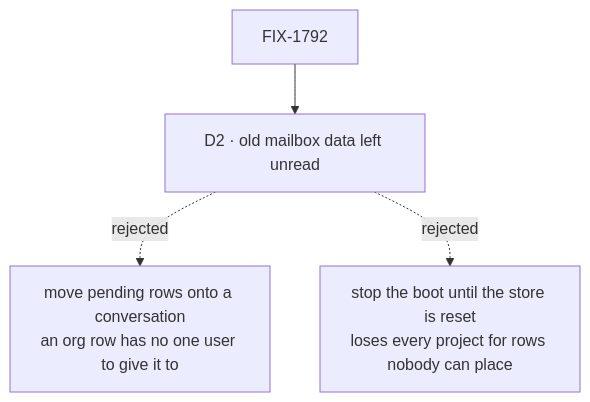
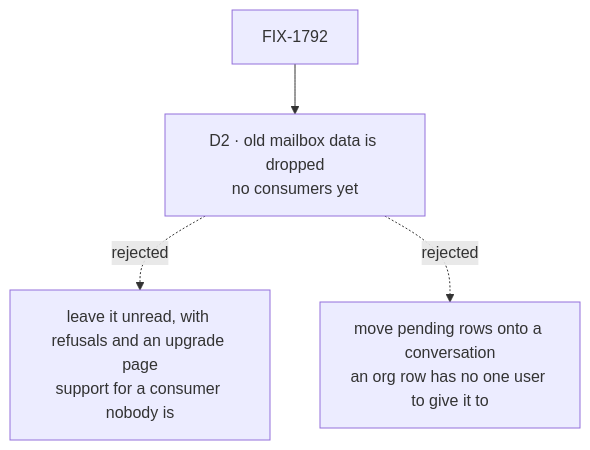
Before and after one commit to fixpoint-labs/flow-state-dev: the diagram in specs/issues/FIX-1792/DECISIONS.md, drawn with Mermaid. The commit also changed other lines of this file and 9 other files, not shown here.

````diff
--- a/specs/issues/FIX-1792/DECISIONS.md
+++ b/specs/issues/FIX-1792/DECISIONS.md
@@ -11,6 +11,6 @@
 ```mermaid
 flowchart TD
-  I["FIX-1792"] --> D2["D2 · old mailbox data left unread"]
+  I["FIX-1792"] --> D2["D2 · old mailbox data is dropped<br/>no consumers yet"]
+  D2 -.->|"rejected"| X1["leave it unread, with refusals and an upgrade page<br/>support for a consumer nobody is"]
   D2 -.->|"rejected"| X2["move pending rows onto a conversation<br/>an org row has no one user to give it to"]
-  D2 -.->|"rejected"| X3["stop the boot until the store is reset<br/>loses every project for rows nobody can place"]
 ```
````
